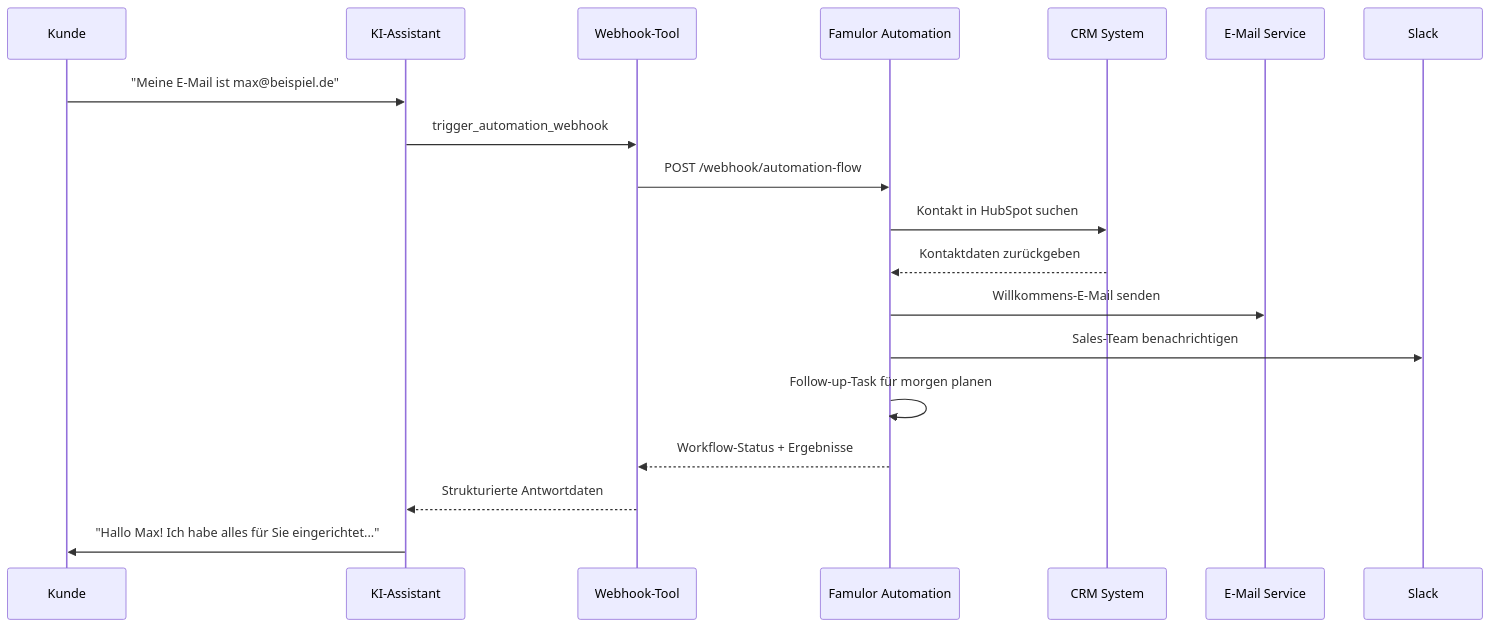
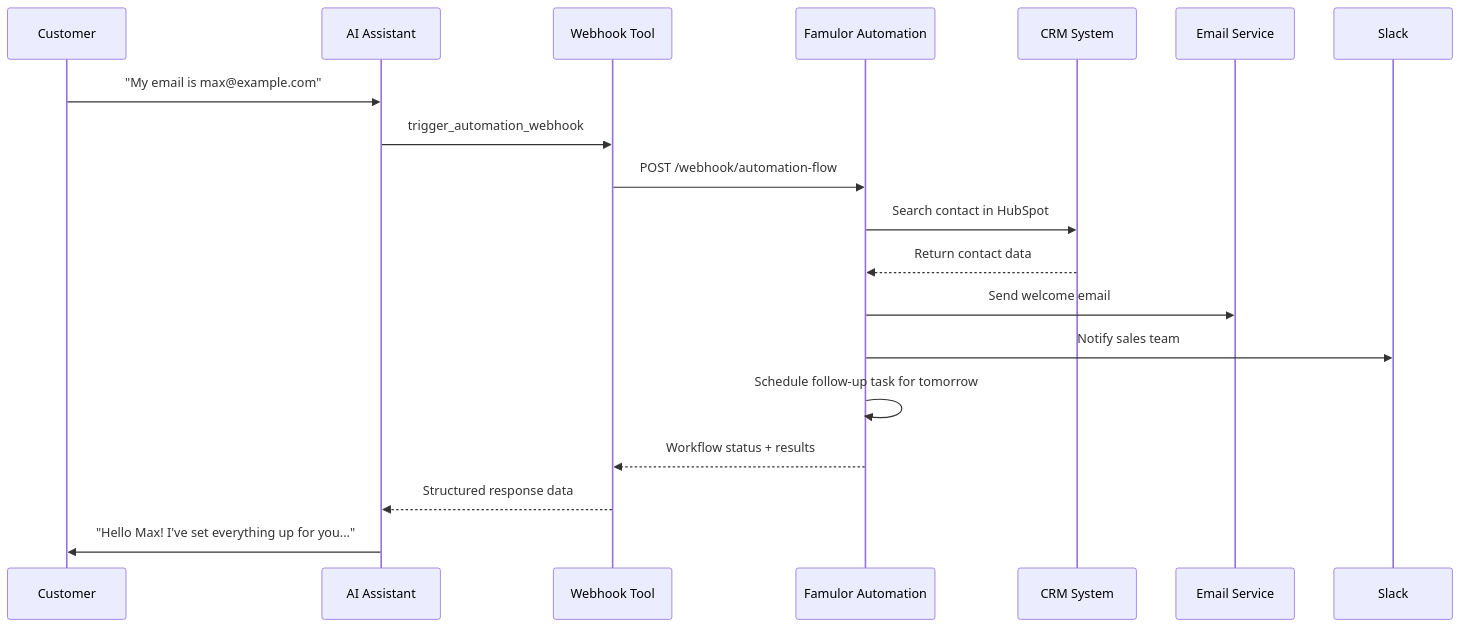
One commit to bekgroup/Famulor-docs-de changed the first of 2 diagrams in en/automation-platform/mid-call-tools/integration-templates/webhook-automation.mdx. Above: the diagram before and after it, drawn with Mermaid. The commit also changed other lines of this file and 20 other files, not shown here.

````diff
--- a/en/automation-platform/mid-call-tools/integration-templates/webhook-automation.mdx
+++ b/en/automation-platform/mid-call-tools/integration-templates/webhook-automation.mdx
@@ -30,22 +29,22 @@
 ```mermaid
 sequenceDiagram
-    participant K as Kunde
-    participant A as KI-Assistant
-    participant W as Webhook-Tool
+    participant K as Customer
+    participant A as AI Assistant
+    participant W as Webhook Tool
     participant F as Famulor Automation
     participant CRM as CRM System
-    participant E as E-Mail Service
+    participant E as Email Service
     participant S as Slack
     
-    K->>A: "Meine E-Mail ist max@beispiel.de"
+    K->>A: "My email is max@example.com"
     A->>W: trigger_automation_webhook
     W->>F: POST /webhook/automation-flow
-    F->>CRM: Kontakt in HubSpot suchen
-    CRM-->>F: Kontaktdaten zurückgeben
-    F->>E: Willkommens-E-Mail senden
-    F->>S: Sales-Team benachrichtigen
-    F->>F: Follow-up-Task für morgen planen
-    F-->>W: Workflow-Status + Ergebnisse
-    W-->>A: Strukturierte Antwortdaten
-    A->>K: "Hallo Max! Ich habe alles für Sie eingerichtet..."
+    F->>CRM: Search contact in HubSpot
+    CRM-->>F: Return contact data
+    F->>E: Send welcome email
+    F->>S: Notify sales team
+    F->>F: Schedule follow-up task for tomorrow
+    F-->>W: Workflow status + results
+    W-->>A: Structured response data
+    A->>K: "Hello Max! I've set everything up for you..."
 ```
````
